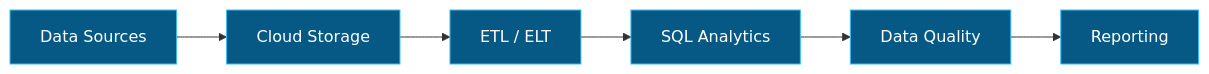
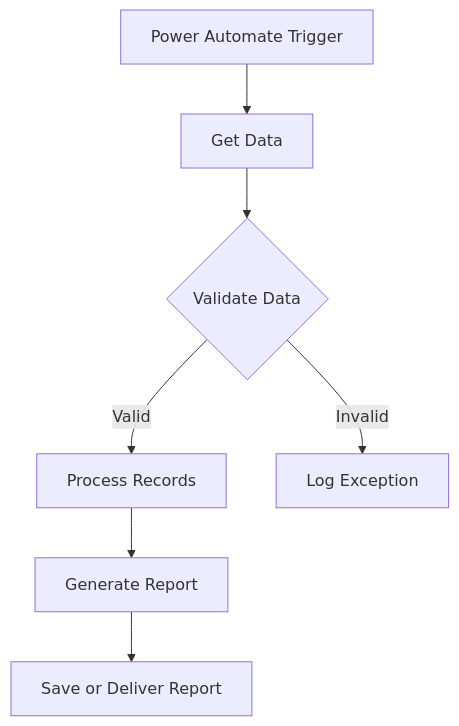
Before and after one commit to dudhat52/dudhat52: the diagram in README.md, drawn with Mermaid. The commit also changed other lines of this file, not shown here.

````diff
--- a/README.md
+++ b/README.md
@@ -152,11 +41,17 @@
 ```mermaid
-flowchart LR
-    A["Data Sources"] --> B["Cloud Storage"]
-    B --> C["ETL / ELT"]
-    C --> D["SQL Analytics"]
-    D --> E["Data Quality"]
-    E --> F["Reporting"]
+flowchart TD
+    A["Power Automate Trigger"]
+    B["Get Data"]
+    C{"Validate Data"}
+    D["Process Records"]
+    E["Generate Report"]
+    F["Save or Deliver Report"]
+    G["Log Exception"]
 
-    classDef cloud fill:#075985,color:#fff,stroke:#38bdf8
-    class A,B,C,D,E,F cloud
+    A --> B
+    B --> C
+    C -->|Valid| D
+    C -->|Invalid| G
+    D --> E
+    E --> F
 ```
````
